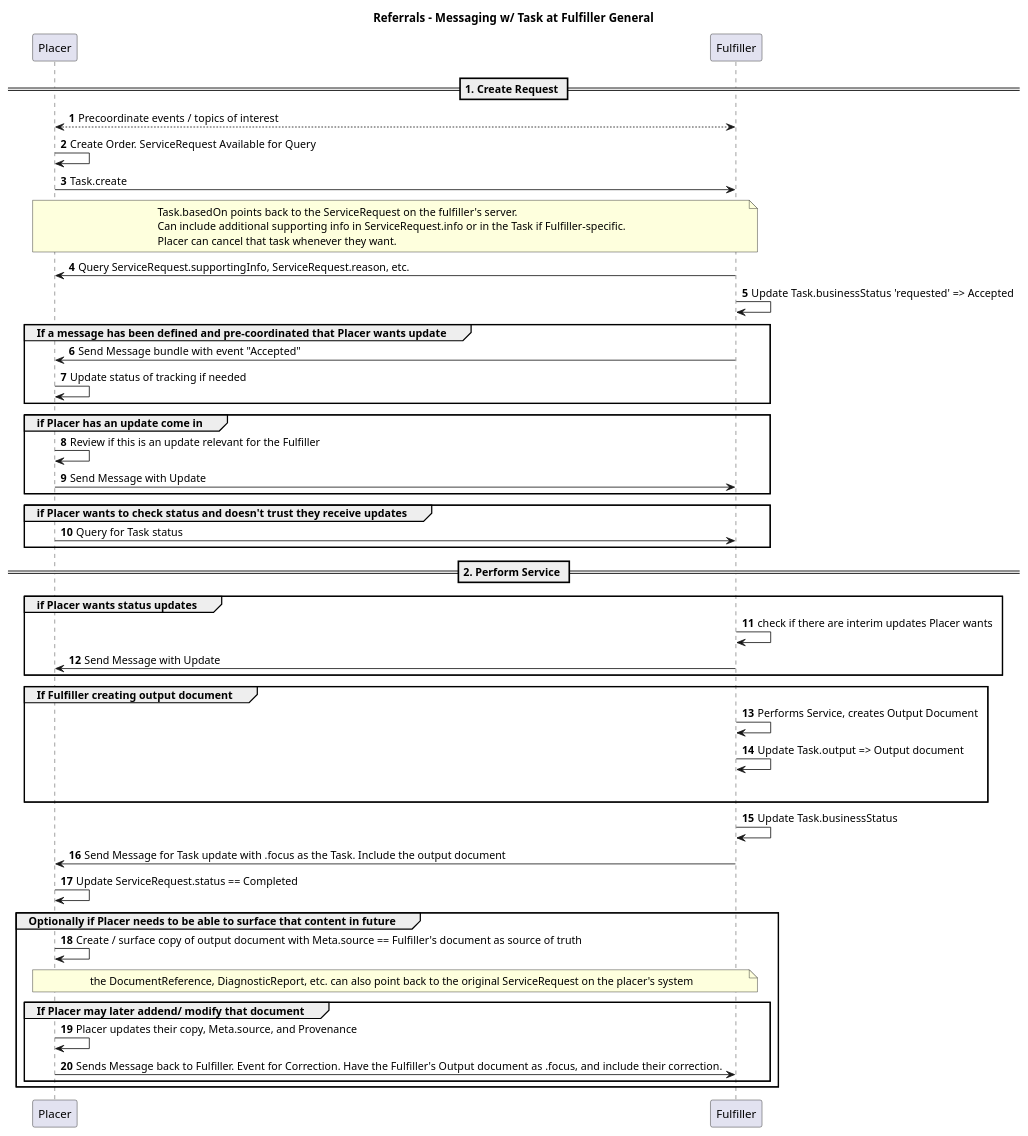
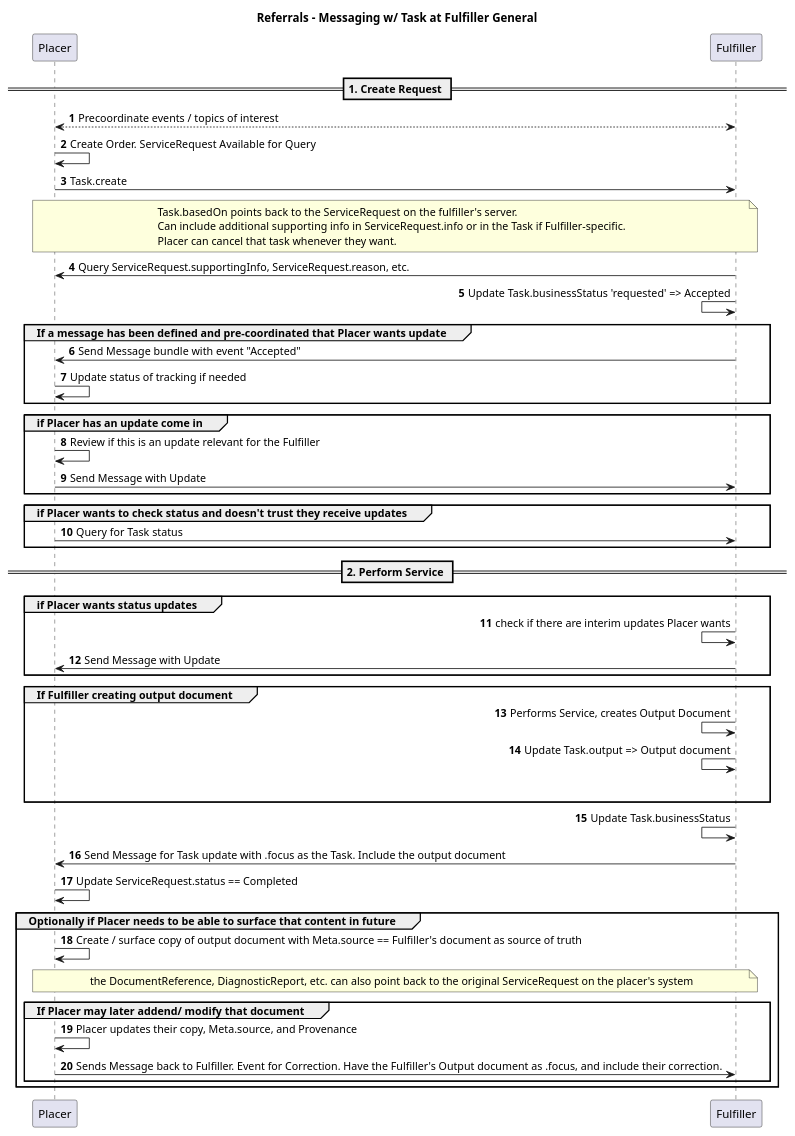
The diagram in input/images-source/Messaging_+_REST_General_Task_at_Placer.plantuml (brianswinkels/fhir-cow-ig), drawn with PlantUML before and after one commit.

```diff
--- a/input/images-source/Messaging_+_REST_General_Task_at_Placer.plantuml
+++ b/input/images-source/Messaging_+_REST_General_Task_at_Placer.plantuml
@@ -1,56 +1,56 @@
 @startuml
 title Referrals - Messaging w/ Task at Fulfiller General
 
 autonumber
 
 == 1. Create Request ==
 Placer <--> Fulfiller: Precoordinate events / topics of interest
 Placer -> Placer: Create Order. ServiceRequest Available for Query
 Placer -> Fulfiller: Task.create
 
 note over Placer, Fulfiller: Task.basedOn points back to the ServiceRequest on the fulfiller's server.\nCan include additional supporting info in ServiceRequest.info or in the Task if Fulfiller-specific.\nPlacer can cancel that task whenever they want.
 
 Fulfiller -> Placer: Query ServiceRequest.supportingInfo, ServiceRequest.reason, etc.
-Fulfiller -> Fulfiller: Update Task.businessStatus 'requested' => Accepted
+Fulfiller <- Fulfiller: Update Task.businessStatus 'requested' => Accepted
 
 group If a message has been defined and pre-coordinated that Placer wants update
     Fulfiller -> Placer: Send Message bundle with event "Accepted"
     Placer -> Placer: Update status of tracking if needed
 end
 
 group if Placer has an update come in
     Placer -> Placer: Review if this is an update relevant for the Fulfiller
     Placer -> Fulfiller: Send Message with Update
 end
 
 group if Placer wants to check status and doesn't trust they receive updates
     Placer -> Fulfiller: Query for Task status
 end
 
 == 2. Perform Service ==
 group if Placer wants status updates
-    Fulfiller -> Fulfiller: check if there are interim updates Placer wants
+    Fulfiller <- Fulfiller: check if there are interim updates Placer wants
     Fulfiller -> Placer: Send Message with Update
 end
 
 group If Fulfiller creating output document
-    Fulfiller -> Fulfiller: Performs Service, creates Output Document
-    Fulfiller -> Fulfiller: Update Task.output => Output document
+    Fulfiller <- Fulfiller: Performs Service, creates Output Document
+    Fulfiller <- Fulfiller: Update Task.output => Output document
     autonumber stop
     Fulfiller -[hidden]-> Placer: extend
     autonumber resume
 end
 
-Fulfiller -> Fulfiller: Update Task.businessStatus
+Fulfiller <- Fulfiller: Update Task.businessStatus
 Fulfiller -> Placer: Send Message for Task update with .focus as the Task. Include the output document
 Placer -> Placer: Update ServiceRequest.status == Completed
 
 group Optionally if Placer needs to be able to surface that content in future
     Placer -> Placer: Create / surface copy of output document with Meta.source == Fulfiller's document as source of truth
     note over Placer, Fulfiller: the DocumentReference, DiagnosticReport, etc. can also point back to the original ServiceRequest on the placer's system
     group If Placer may later addend/ modify that document
         Placer -> Placer: Placer updates their copy, Meta.source, and Provenance
         Placer -> Fulfiller: Sends Message back to Fulfiller. Event for Correction. Have the Fulfiller's Output document as .focus, and include their correction.
     end
 end
 @enduml
```
